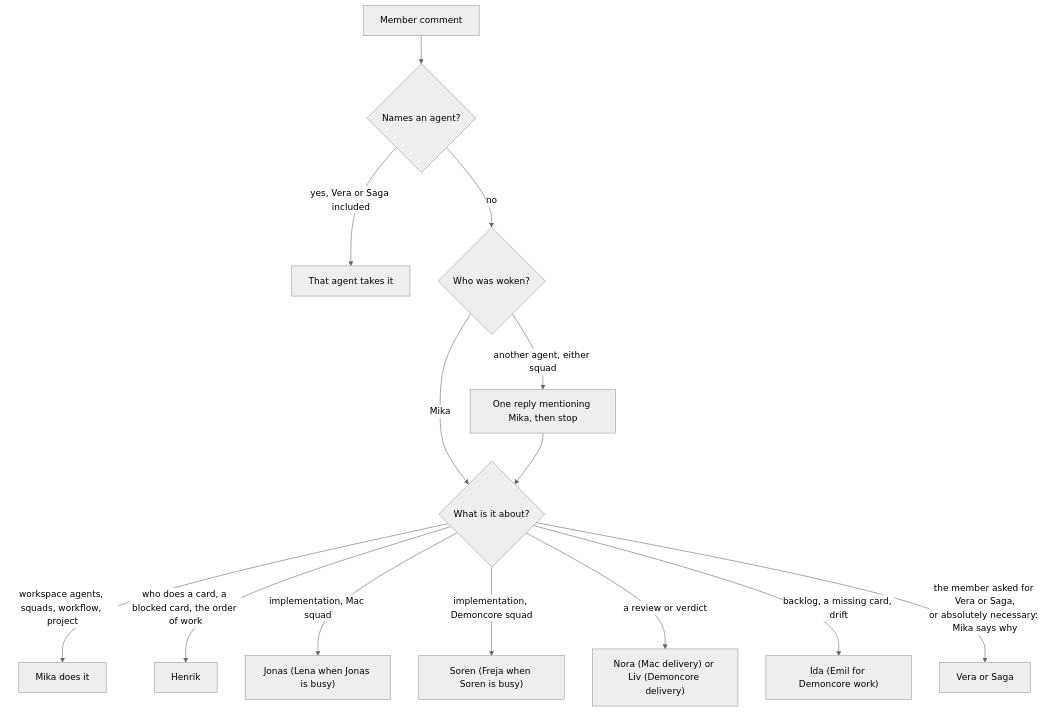
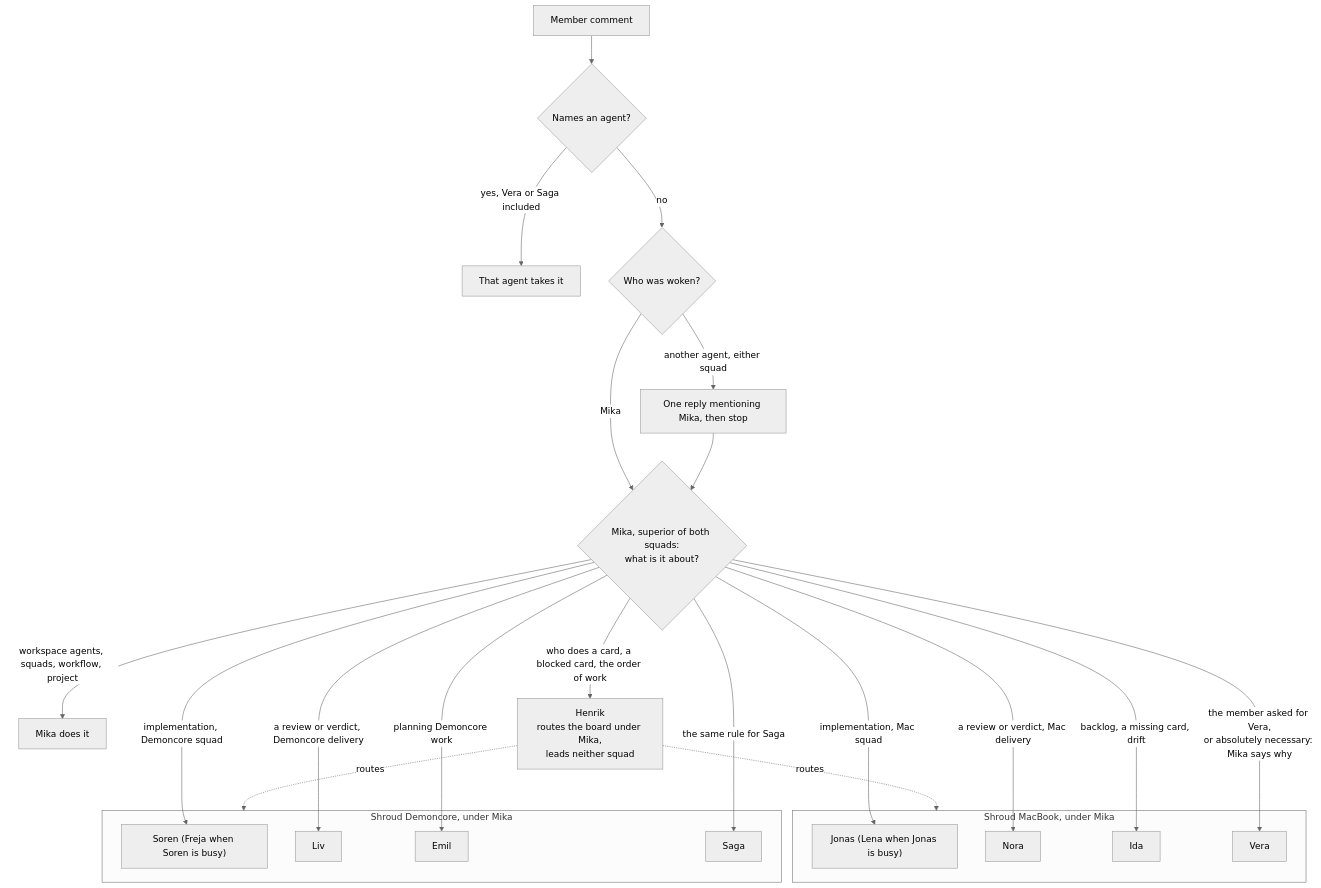
The first of 2 diagrams in docs/multica-setup/routing.md (AsP3X/shroud), drawn with Mermaid (neutral theme) before and after one commit. The commit also changed other lines of this file and 6 other files, not shown here.

````diff
--- a/docs/multica-setup/routing.md
+++ b/docs/multica-setup/routing.md
@@ -72,15 +75,32 @@
 ```mermaid
 flowchart TD
     C[Member comment] --> N{Names an agent?}
     N -- "yes, Vera or Saga included" --> A[That agent takes it]
     N -- no --> W{Who was woken?}
-    W -- Mika --> T{What is it about?}
+    W -- Mika --> T{"Mika, superior of both squads:<br/>what is it about?"}
     W -- "another agent, either squad" --> H[One reply mentioning Mika, then stop] --> T
     T -- "workspace agents, squads, workflow, project" --> MK[Mika does it]
-    T -- "who does a card, a blocked card, the order of work" --> HE[Henrik]
-    T -- "implementation, Mac squad" --> JO["Jonas (Lena when Jonas is busy)"]
-    T -- "implementation, Demoncore squad" --> SO["Soren (Freja when Soren is busy)"]
-    T -- "a review or verdict" --> RV["Nora (Mac delivery) or Liv (Demoncore delivery)"]
-    T -- "backlog, a missing card, drift" --> ID["Ida (Emil for Demoncore work)"]
-    T -- "the member asked for Vera or Saga,<br/>or absolutely necessary: Mika says why" --> VE[Vera or Saga]
+    T -- "who does a card, a blocked card, the order of work" --> HE["Henrik<br/>routes the board under Mika,<br/>leads neither squad"]
+    HE -. routes .-> MAC
+    HE -. routes .-> DC
+    subgraph MAC [Shroud MacBook, under Mika]
+        JO["Jonas (Lena when Jonas is busy)"]
+        NO[Nora]
+        ID[Ida]
+        VE[Vera]
+    end
+    subgraph DC [Shroud Demoncore, under Mika]
+        SO["Soren (Freja when Soren is busy)"]
+        LI[Liv]
+        EM[Emil]
+        SA[Saga]
+    end
+    T -- "implementation, Mac squad" --> JO
+    T -- "implementation, Demoncore squad" --> SO
+    T -- "a review or verdict, Mac delivery" --> NO
+    T -- "a review or verdict, Demoncore delivery" --> LI
+    T -- "backlog, a missing card, drift" --> ID
+    T -- "planning Demoncore work" --> EM
+    T -- "the member asked for Vera,<br/>or absolutely necessary: Mika says why" --> VE
+    T -- "the same rule for Saga" --> SA
 ```
````
